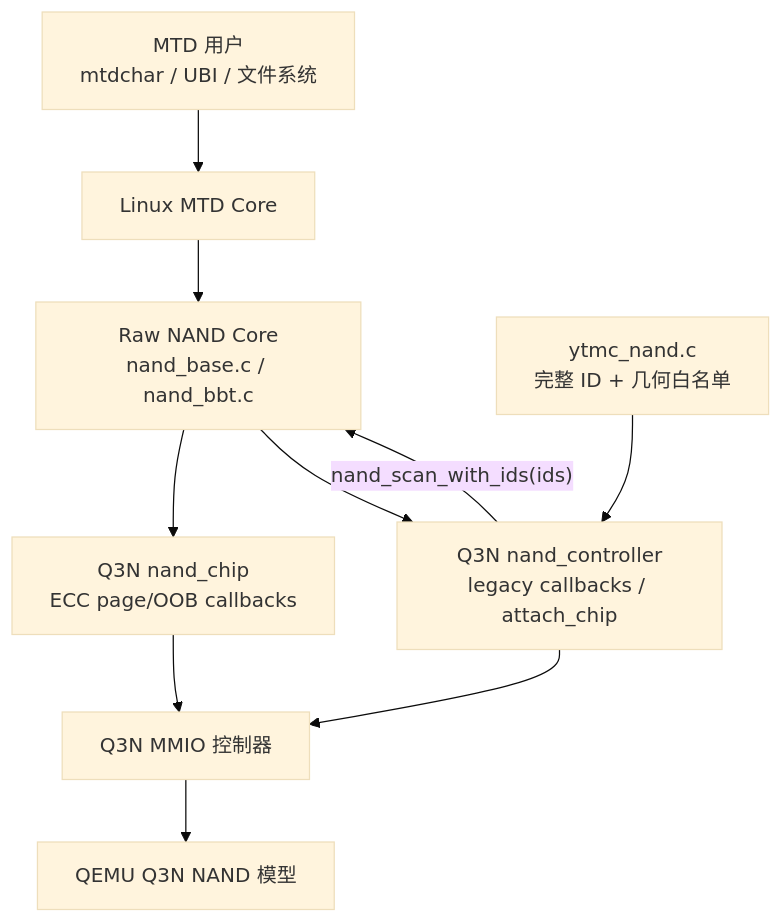
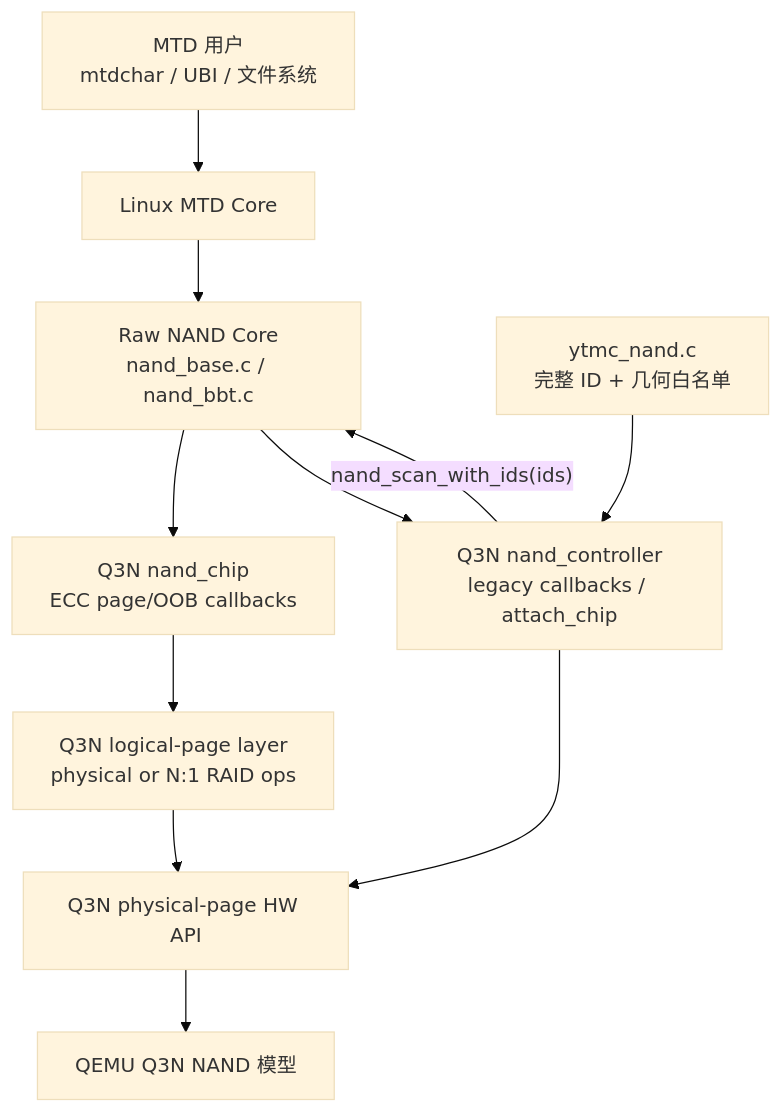
The first of 10 diagrams in docs/superpowers/specs/2026-07-28-q3n-nand-core-ecc-read-retry-design.md (avenstar65/3dnand_test), drawn with Mermaid (base theme) before and after one commit. The commit also changed other lines of this file, not shown here.

Commit message:
docs: integrate page raid into overall design

````diff
--- a/docs/superpowers/specs/2026-07-28-q3n-nand-core-ecc-read-retry-design.md
+++ b/docs/superpowers/specs/2026-07-28-q3n-nand-core-ecc-read-retry-design.md
@@ -133,12 +154,13 @@
 ```mermaid
 flowchart TD
     A["MTD 用户<br/>mtdchar / UBI / 文件系统"] --> B["Linux MTD Core"]
     B --> C["Raw NAND Core<br/>nand_base.c / nand_bbt.c"]
     C --> D["Q3N nand_chip<br/>ECC page/OOB callbacks"]
     C --> E["Q3N nand_controller<br/>legacy callbacks / attach_chip"]
+    D --> P["Q3N logical-page layer<br/>physical or N:1 RAID ops"]
     H["ytmc_nand.c<br/>完整 ID + 几何白名单"] --> E
     E -->|"nand_scan_with_ids(ids)"| C
-    D --> F["Q3N MMIO 控制器"]
+    P --> F["Q3N physical-page HW API"]
     E --> F
     F --> G["QEMU Q3N NAND 模型"]
 ```
````
